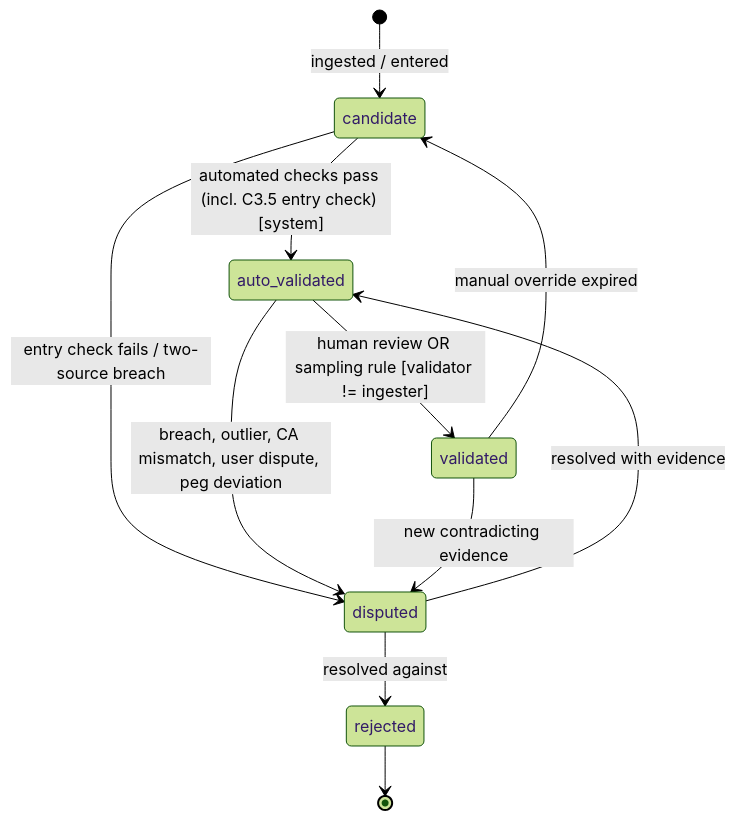
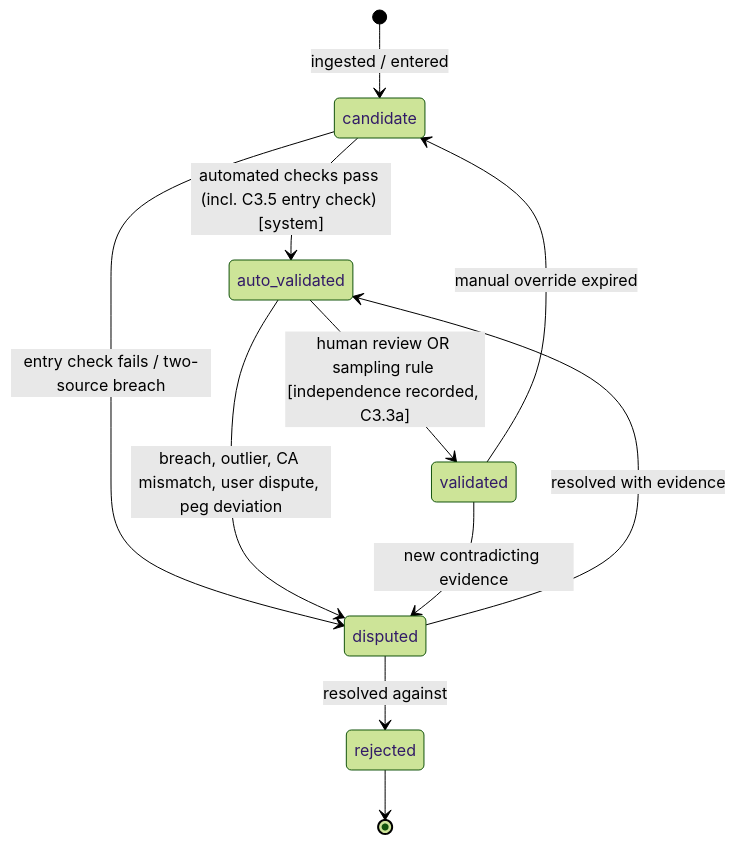
One commit to alhameenoki1-prog/Terminal- changed the first of 2 diagrams in docs/portfolio-os/CANONICAL_CONTRACTS.md. Above: the diagram before and after it, drawn with Mermaid (forest theme). The commit also changed other lines of this file and 2 other files, not shown here.

````diff
--- a/docs/portfolio-os/CANONICAL_CONTRACTS.md
+++ b/docs/portfolio-os/CANONICAL_CONTRACTS.md
@@ -352,13 +352,13 @@
 ```mermaid
 stateDiagram-v2
   [*] --> candidate: ingested / entered
   candidate --> auto_validated: automated checks pass (incl. C3.5 entry check) [system]
   candidate --> disputed: entry check fails / two-source breach
-  auto_validated --> validated: human review OR sampling rule [validator != ingester]
+  auto_validated --> validated: human review OR sampling rule [independence recorded, C3.3a]
   auto_validated --> disputed: breach, outlier, CA mismatch, user dispute, peg deviation
   validated --> disputed: new contradicting evidence
   disputed --> auto_validated: resolved with evidence
   disputed --> rejected: resolved against
   validated --> candidate: manual override expired
   rejected --> [*]
 ```
````
